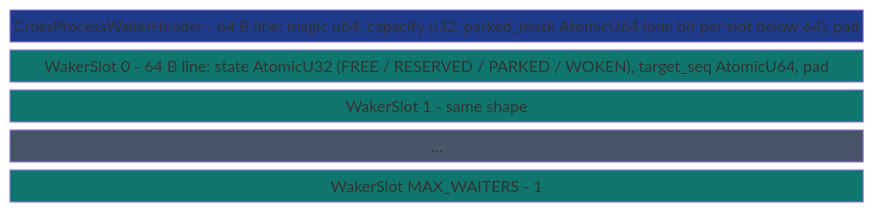
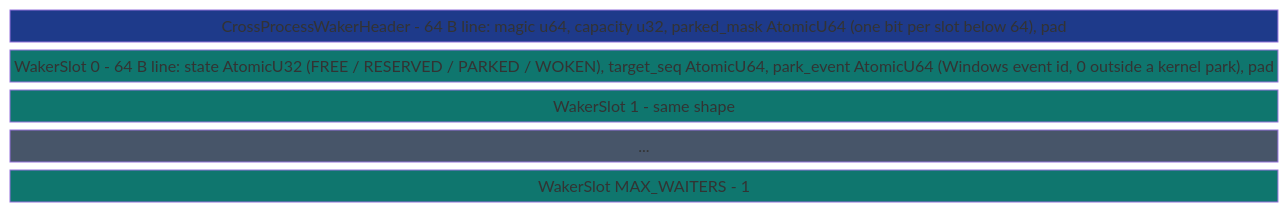
Before and after one commit to Variably-Constant/SubEtha: the diagram in wiki/content/docs/reference/subetha-cxc/coordination-types/cross-process-waker.md, drawn with Mermaid. The commit also changed other lines of this file and 471 other files, not shown here.

````diff
--- a/wiki/content/docs/reference/subetha-cxc/coordination-types/cross-process-waker.md
+++ b/wiki/content/docs/reference/subetha-cxc/coordination-types/cross-process-waker.md
@@ -60,15 +48,15 @@
 ```mermaid
 block-beta
   columns 1
   hdr["CrossProcessWakerHeader - 64 B line: magic u64, capacity u32, parked_mask AtomicU64 (one bit per slot below 64), pad"]
-  s0["WakerSlot 0 - 64 B line: state AtomicU32 (FREE / RESERVED / PARKED / WOKEN), target_seq AtomicU64, pad"]
+  s0["WakerSlot 0 - 64 B line: state AtomicU32 (FREE / RESERVED / PARKED / WOKEN), target_seq AtomicU64, park_event AtomicU64 (Windows event id, 0 outside a kernel park), pad"]
   s1["WakerSlot 1 - same shape"]
   dots["..."]
   sn["WakerSlot MAX_WAITERS - 1"]
   classDef hdrC fill:#1e3a8a,color:#ffffff
   classDef slotC fill:#0f766e,color:#ffffff
   classDef padC fill:#475569,color:#ffffff
   class hdr hdrC
   class s0,s1,sn slotC
   class dots padC
 ```
````
